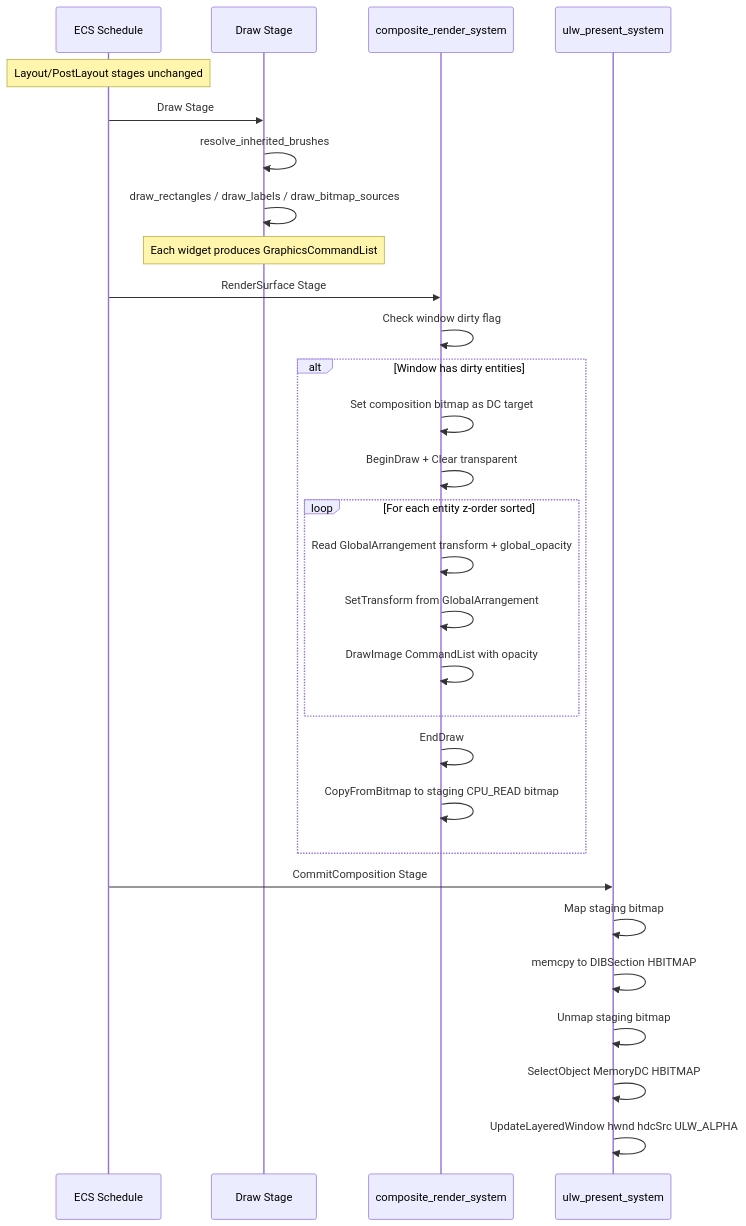
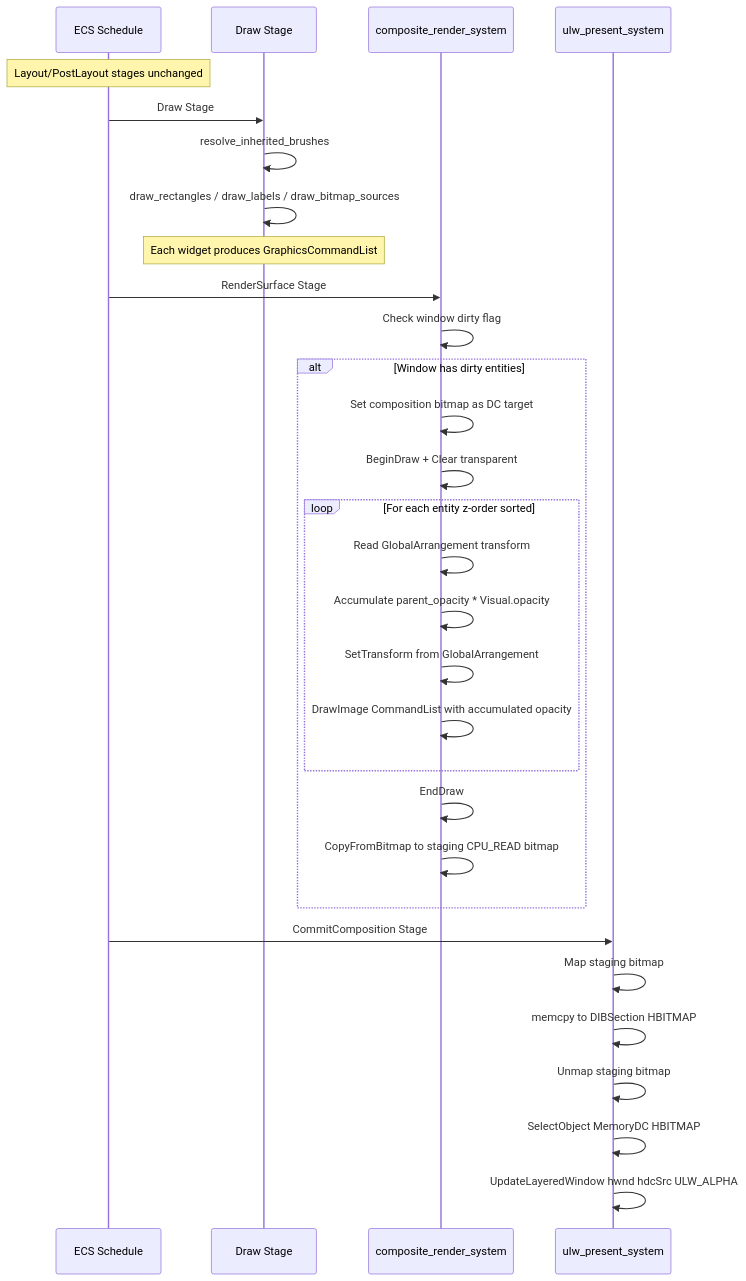
One commit to ekicyou/areka changed the second of 6 diagrams in .kiro/specs/wintf-dcomp-to-layered-migration/design.md. Above: the diagram before and after it, drawn with Mermaid. The commit also changed other lines of this file and 12 other files, not shown here.

````diff
--- a/.kiro/specs/wintf-dcomp-to-layered-migration/design.md
+++ b/.kiro/specs/wintf-dcomp-to-layered-migration/design.md
@@ -137,34 +137,35 @@
 ```mermaid
 sequenceDiagram
     participant Sched as ECS Schedule
     participant Draw as Draw Stage
     participant CRender as composite_render_system
     participant ULW as ulw_present_system
 
     Note over Sched: Layout/PostLayout stages unchanged
     Sched->>Draw: Draw Stage
     Draw->>Draw: resolve_inherited_brushes
     Draw->>Draw: draw_rectangles / draw_labels / draw_bitmap_sources
     Note over Draw: Each widget produces GraphicsCommandList
 
     Sched->>CRender: RenderSurface Stage
     CRender->>CRender: Check window dirty flag
     alt Window has dirty entities
         CRender->>CRender: Set composition bitmap as DC target
         CRender->>CRender: BeginDraw + Clear transparent
         loop For each entity z-order sorted
-            CRender->>CRender: Read GlobalArrangement transform + global_opacity
+            CRender->>CRender: Read GlobalArrangement transform
+            CRender->>CRender: Accumulate parent_opacity * Visual.opacity
             CRender->>CRender: SetTransform from GlobalArrangement
-            CRender->>CRender: DrawImage CommandList with opacity
+            CRender->>CRender: DrawImage CommandList with accumulated opacity
         end
         CRender->>CRender: EndDraw
         CRender->>CRender: CopyFromBitmap to staging CPU_READ bitmap
     end
 
     Sched->>ULW: CommitComposition Stage
     ULW->>ULW: Map staging bitmap
     ULW->>ULW: memcpy to DIBSection HBITMAP
     ULW->>ULW: Unmap staging bitmap
     ULW->>ULW: SelectObject MemoryDC HBITMAP
     ULW->>ULW: UpdateLayeredWindow hwnd hdcSrc ULW_ALPHA
 ```
````
